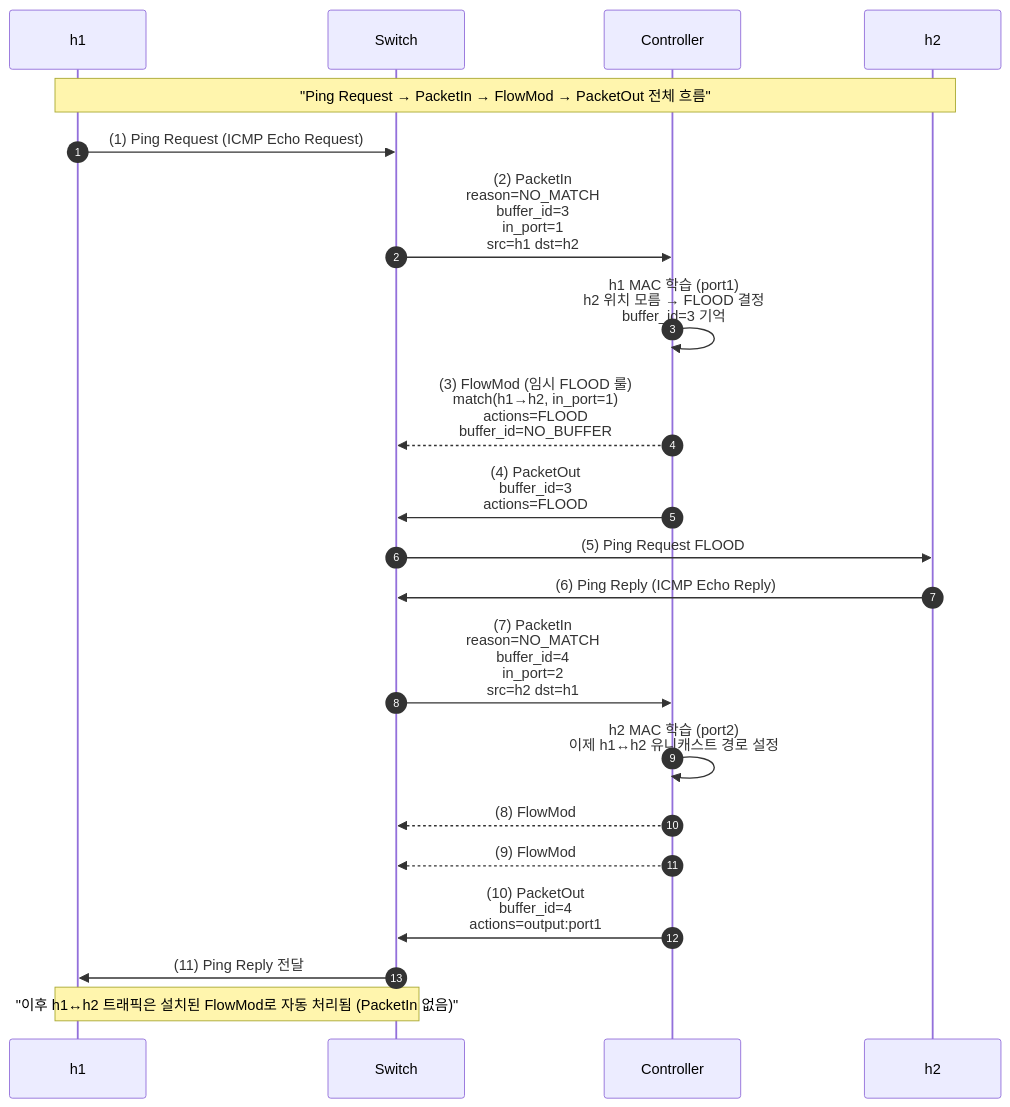
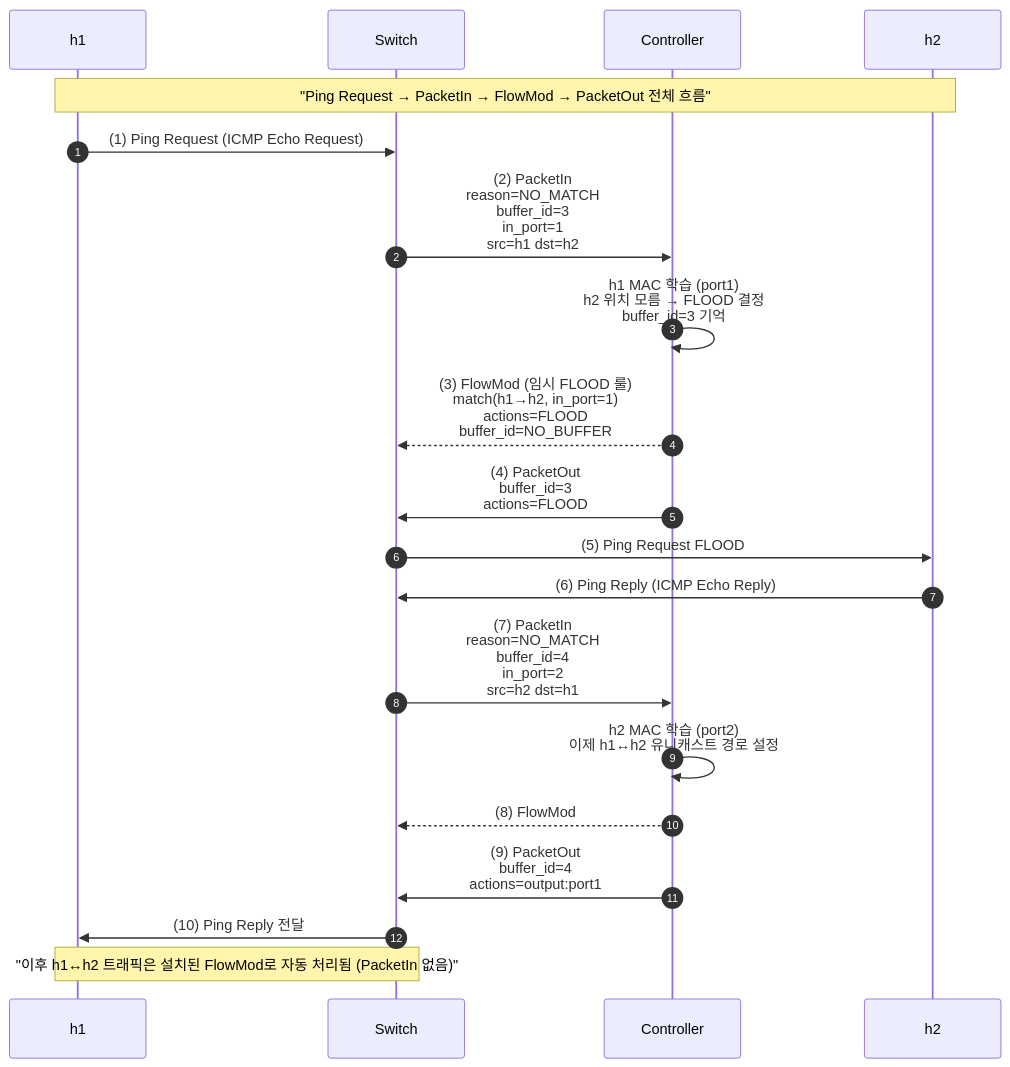
The first of 3 diagrams in [12주차_2차시] 스위치–컨트롤러 메시지.md (SCKIMOSU/SmartNetworkService), drawn with Mermaid before and after one commit.

Commit message:
Update [12주차_2차시] 스위치–컨트롤러 메시지.md

````diff
--- a/[12주차_2차시] 스위치–컨트롤러 메시지.md
+++ b/[12주차_2차시] 스위치–컨트롤러 메시지.md
@@ -5,53 +5,51 @@
 ```mermaid
 sequenceDiagram
     autonumber
 
     participant H1 as h1
     participant SW as Switch
     participant CT as Controller
     participant H2 as h2
 
     Note over H1,H2: "Ping Request → PacketIn → FlowMod → PacketOut 전체 흐름"
 
     %% 1) h1이 첫 Ping Request 전송
     H1 ->> SW: (1) Ping Request (ICMP Echo Request)
 
     %% 2) 스위치: 룰 없음 → PacketIn
     SW ->> CT: (2) PacketIn<br/>reason=NO_MATCH<br/>buffer_id=3<br/>in_port=1<br/>src=h1 dst=h2
 
     %% 3) 컨트롤러: h1 MAC 학습, h2 위치 모름 → FLOOD 결정
     CT ->> CT: h1 MAC 학습 (port1)<br/>h2 위치 모름 → FLOOD 결정<br/>buffer_id=3 기억
 
     %% 4) FlowMod (FLOOD용, buffer_id는 사용하지 않음)
     CT -->> SW: (3) FlowMod (임시 FLOOD 룰)<br/>match(h1→h2, in_port=1)<br/>actions=FLOOD<br/>buffer_id=NO_BUFFER
 
     %% 5) PacketOut: 버퍼에 있는 첫 패킷 FLOOD
     CT ->> SW: (4) PacketOut<br/>buffer_id=3<br/>actions=FLOOD
 
     %% 6) 스위치: FLOOD → h2까지 전달
     SW ->> H2: (5) Ping Request FLOOD
 
     %% 7) h2가 Ping Reply 전송
     H2 ->> SW: (6) Ping Reply (ICMP Echo Reply)
 
     %% 8) 다시 룰 없음(유니캐스트 룰 미설치 상태) → 두 번째 PacketIn
     SW ->> CT: (7) PacketIn<br/>reason=NO_MATCH<br/>buffer_id=4<br/>in_port=2<br/>src=h2 dst=h1
 
     %% 9) 컨트롤러: h2 MAC 학습, 이제 h1·h2 위치 모두 앎
     CT ->> CT: h2 MAC 학습 (port2)<br/>이제 h1↔h2 유니캐스트 경로 설정
 
     %% 10) FlowMod #1 : h1 → h2 방향
     CT -->> SW: (8) FlowMod #1<br/>match(h1→h2, in_port=1)<br/>actions=output:port2<br/>buffer_id=NO_BUFFER
 
-    %% 11) FlowMod #2 : h2 → h1 방향
-    CT -->> SW: (9) FlowMod #2<br/>match(h2→h1, in_port=2)<br/>actions=output:port1<br/>buffer_id=NO_BUFFER
 
     %% 12) 지금 들어온 Reply 패킷은 PacketOut으로 한 번 보내줌
-    CT ->> SW: (10) PacketOut<br/>buffer_id=4<br/>actions=output:port1
+    CT ->> SW: (9) PacketOut<br/>buffer_id=4<br/>actions=output:port1
 
     %% 13) 스위치: Reply 전달
-    SW ->> H1: (11) Ping Reply 전달
+    SW ->> H1: (10) Ping Reply 전달
 
     Note over SW,H1: "이후 h1↔h2 트래픽은 설치된 FlowMod로 자동 처리됨 (PacketIn 없음)"
 
 ```
````
